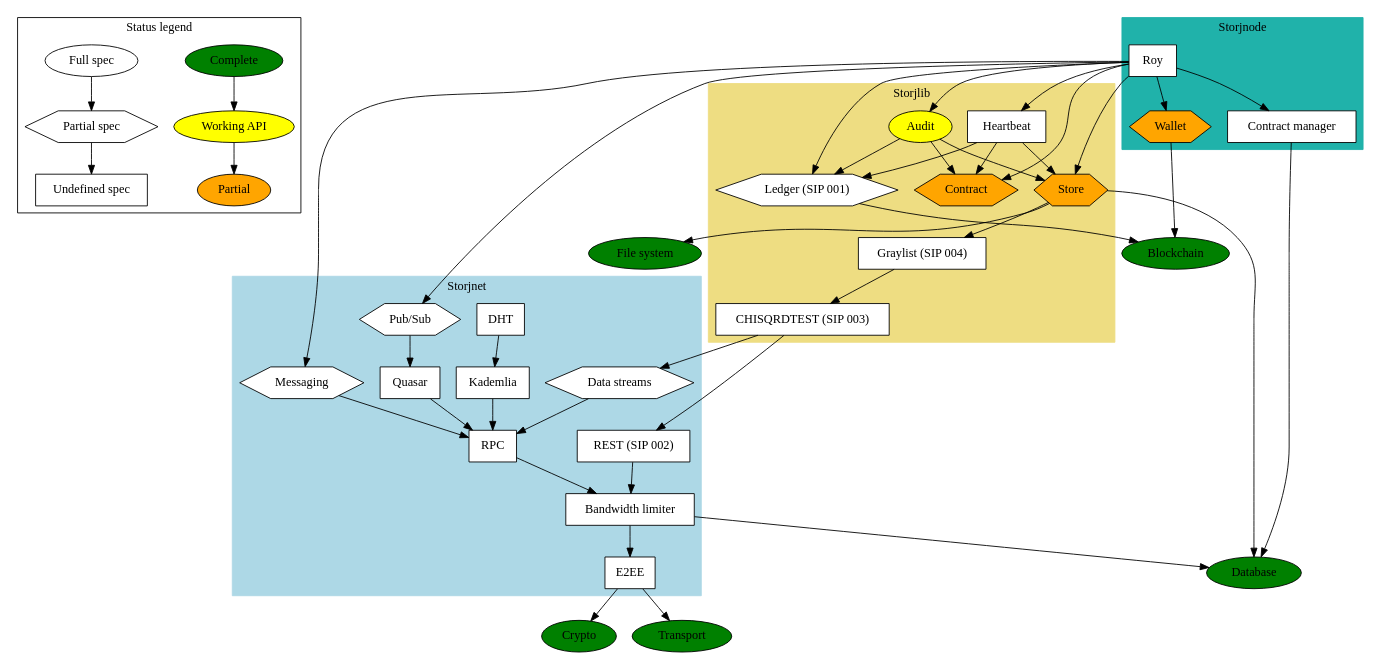
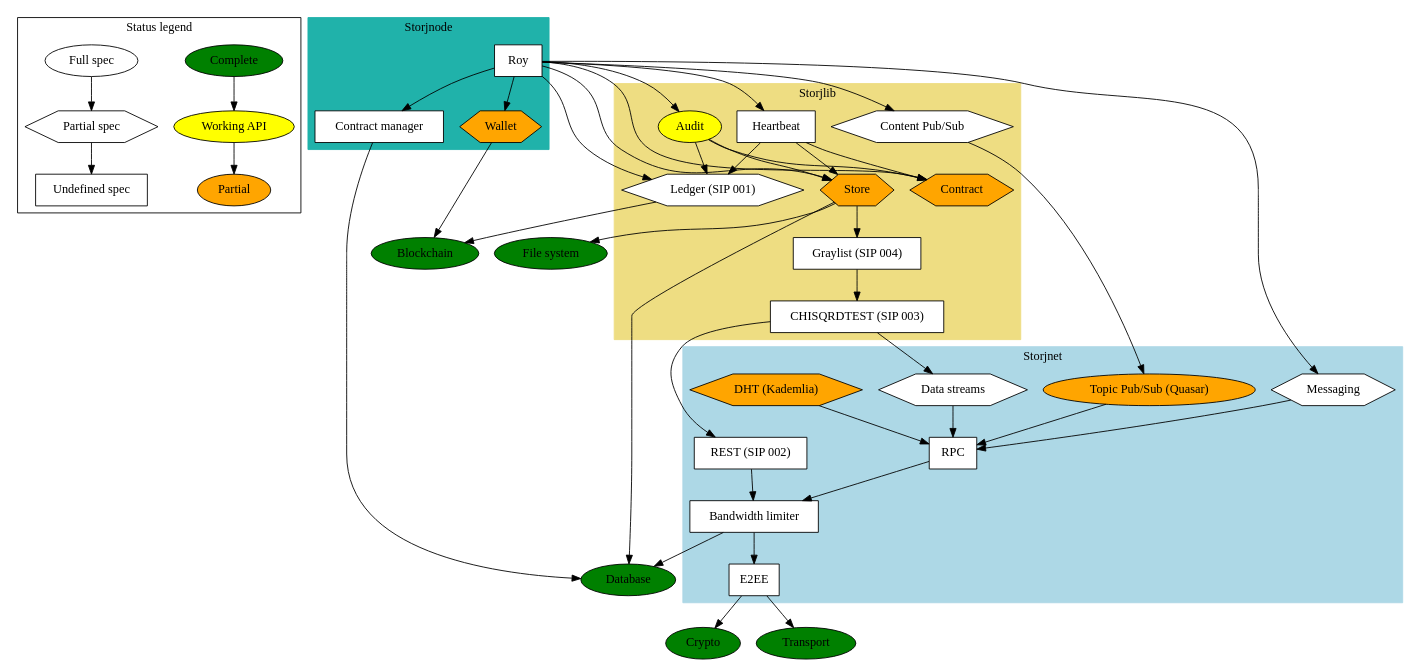
One commit to StorjOld/storjspec changed the diagram in status.dot. Above: the diagram before and after it, drawn with Graphviz. The commit also changed 3 other files, not shown here.

```diff
--- a/status.dot
+++ b/status.dot
@@ -1,109 +1,109 @@
 // syntax guide: http://www.graphviz.org/pdf/dotguide.pdf
 // compile png: `dot -Tpng status.dot -o status.png`
 // compile pdf: `dot -Tpdf status.dot -o status.pdf`
 
 
 digraph G {
     node [shape="box", style="filled", color="black", fillcolor="white"];
 
     // LEGEND
     subgraph cluster_0 {
         label = "Status legend";
 
         "Complete" [fillcolor=green, shape=ellipse];
         "Working API" [fillcolor=yellow, shape=ellipse];
         "Partial" [fillcolor=orange, shape=ellipse];
 
         "Full spec" [shape=ellipse];
         "Partial spec" [shape=hexagon];
         "Undefined spec" [shape=box];
     };
     "Complete" -> "Working API" -> "Partial";
     "Full spec" -> "Partial spec" -> "Undefined spec";
 
 
     // STORJNET
     subgraph cluster_1 {
         label = "Storjnet";
         style=filled;
         color=lightblue;
 
-        "DHT";
-        "Pub/Sub" [shape=hexagon]; // enable publishing and subscribing to events
+        "DHT (Kademlia)" [fillcolor=orange, shape=hexagon];
+        "Topic Pub/Sub (Quasar)" [fillcolor=orange, shape=ellipse]; // enable publishing and subscribing to events
         "Data streams" [shape=hexagon]; // full duplex data transfer
         "Messaging" [shape=hexagon]; // to shortcut the pubsub after peer found
         "RPC"; // rpc calls and data transfer between clients
         "E2EE"; // End-to-end encryption
-        "Kademlia";
-        "Quasar";
         "Bandwidth limiter";
         "REST (SIP 002)"; // put/get shards
     };
-    "DHT" -> "Kademlia" -> "RPC";
-    "Pub/Sub" -> "Quasar" -> "RPC";
+    "DHT (Kademlia)" -> "RPC";
+    "Topic Pub/Sub (Quasar)" -> "RPC";
     "Messaging" -> "RPC";
     "Data streams" -> "RPC";
     "RPC" -> "Bandwidth limiter";
     "REST (SIP 002)" -> "Bandwidth limiter";
     "Bandwidth limiter" -> "E2EE";
     "E2EE" -> "Crypto";
     "E2EE" -> "Transport";
     "Bandwidth limiter" -> "Database";
 
     // STORJLIB
     subgraph cluster_2 {
         label = "Storjlib";
         style=filled;
         color=lightgoldenrod;
 
         "Contract" [fillcolor=orange, shape=hexagon]; // terms of a storage contract between peers
         "Audit" [fillcolor=yellow, shape=ellipse]; // track state of a contract over time
         "Store" [fillcolor=orange, shape=hexagon];
         "Heartbeat";
         "Ledger (SIP 001)" [shape=hexagon];
         "Graylist (SIP 004)";
         "CHISQRDTEST (SIP 003)";
+        "Content Pub/Sub" [shape=hexagon]; // enable publishing and subscribing to events
     };
+    "Content Pub/Sub" -> "Topic Pub/Sub (Quasar)";
     "Audit" -> "Contract"; // when/how to perform the audit
     "Audit" -> "Store"; // perform audit challange
     "Audit" -> "Ledger (SIP 001)"; // save result in ledger
     "Heartbeat" -> "Contract";
     "Heartbeat" -> "Store"; // perform heartbeat challange
     "Heartbeat" -> "Ledger (SIP 001)"; // save result in ledger
     "Store" -> "File system";
     "Store" -> "Graylist (SIP 004)";
     "Store" -> "Database";
     "Ledger (SIP 001)" -> "Blockchain";
     "Graylist (SIP 004)" -> "CHISQRDTEST (SIP 003)";
     "CHISQRDTEST (SIP 003)" -> "Data streams";
     "CHISQRDTEST (SIP 003)" -> "REST (SIP 002)";
 
     // STORJNODE
     subgraph cluster_3 {
         label = "Storjnode";
         style=filled;
         color=lightseagreen;
 
         "Roy"; // for sending/receiving of funds for services used 
         "Wallet" [fillcolor=orange, shape=hexagon];
         "Contract manager"; // Store contracts
     };
     "Roy" -> "Contract manager";
     "Contract manager" -> "Database";
     "Wallet" -> "Blockchain";
+    "Roy" -> "Content Pub/Sub"; // ask/bid on contracts
     "Roy" -> "Messaging";
     "Roy" -> "Audit"; // perform audits
     "Roy" -> "Contract"; // verify agreed to use/provide a service
     "Roy" -> "Heartbeat";
     "Roy" -> "Ledger (SIP 001)"; // verify service was used/provided
     "Roy" -> "Wallet"; // transfer funds
-    "Roy" -> "Pub/Sub"; // ask/bid on contracts
     "Roy" -> "Store";
 
     // EXTERNAL
     "File system" [fillcolor=green, shape=ellipse];
     "Crypto" [fillcolor=green, shape=ellipse];
     "Database" [fillcolor=green, shape=ellipse];
     "Blockchain" [fillcolor=green, shape=ellipse];
     "Transport" [fillcolor=green, shape=ellipse];
 }
```
